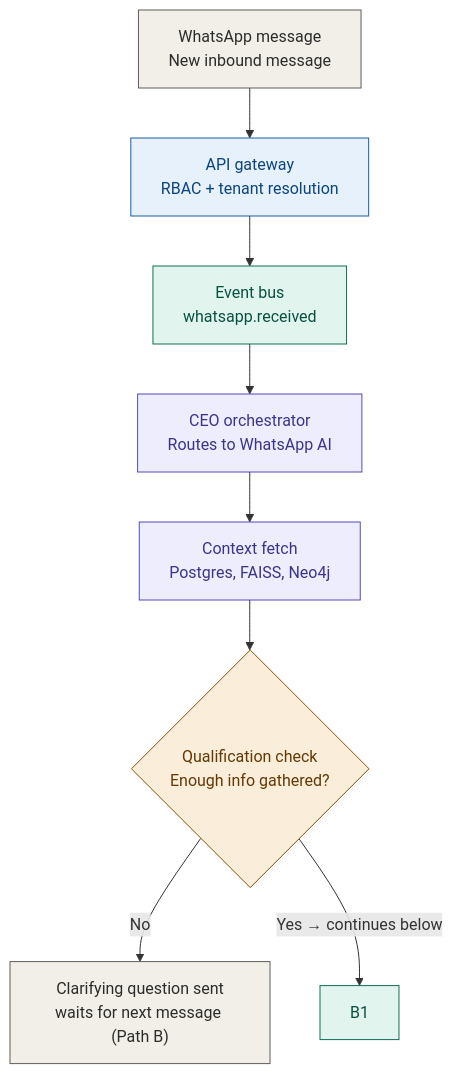
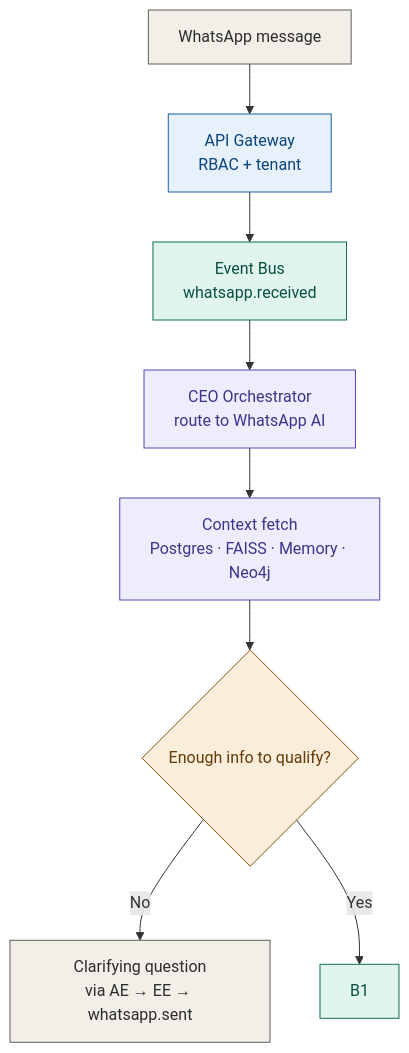
The second of 8 diagrams in IREIOS_3.0_Architecture_Diagrams.md (imperiondata/real-estate-ai-lead-agent), drawn with Mermaid before and after one commit. The commit also changed other lines of this file and 2 other files, not shown here.

Commit message:
docs: updated architecture diagrams and implementation plans based on current scope and requirements

````diff
--- a/IREIOS_3.0_Architecture_Diagrams.md
+++ b/IREIOS_3.0_Architecture_Diagrams.md
@@ -67,30 +228,23 @@
 ```mermaid
 flowchart TD
-    A1["WhatsApp message<br/>New inbound message"]
-    A2["API gateway<br/>RBAC + tenant resolution"]
-    A3["Event bus<br/>whatsapp.received"]
-    A4["CEO orchestrator<br/>Routes to WhatsApp AI"]
-    A5["Context fetch<br/>Postgres, FAISS, Neo4j"]
-    A6{"Qualification check<br/>Enough info gathered?"}
-    A7["Clarifying question sent<br/>waits for next message (Path B)"]
-
-    A1 --> A2 --> A3 --> A4 --> A5 --> A6
-    A6 -->|No| A7
-    A6 -->|"Yes → continues below"| B1
+    A1[WhatsApp message] --> A2[API Gateway<br/>RBAC + tenant]
+    A2 --> A3[Event Bus<br/>whatsapp.received]
+    A3 --> A4[CEO Orchestrator<br/>route to WhatsApp AI]
+    A4 --> A5[Context fetch<br/>Postgres · FAISS · Memory · Neo4j]
+    A5 --> A6{Enough info to qualify?}
+    A6 -->|No| A7[Clarifying question<br/>via AE → EE → whatsapp.sent]
+    A6 -->|Yes| B1
 
     classDef gray fill:#F1EFE8,stroke:#5F5E5A,color:#2C2C2A;
     classDef blue fill:#E6F1FB,stroke:#185FA5,color:#0C447C;
     classDef teal fill:#E1F5EE,stroke:#0F6E56,color:#085041;
     classDef purple fill:#EEEDFE,stroke:#534AB7,color:#3C3489;
     classDef amber fill:#FAEEDA,stroke:#854F0B,color:#633806;
-    classDef coral fill:#FAECE7,stroke:#993C1D,color:#712B13;
 
-    class A1 gray
+    class A1,A7 gray
     class A2 blue
     class A3 teal
-    class A4 purple
-    class A5 purple
+    class A4,A5 purple
     class A6 amber
-    class A7 gray
     class B1 teal
 ```
````
